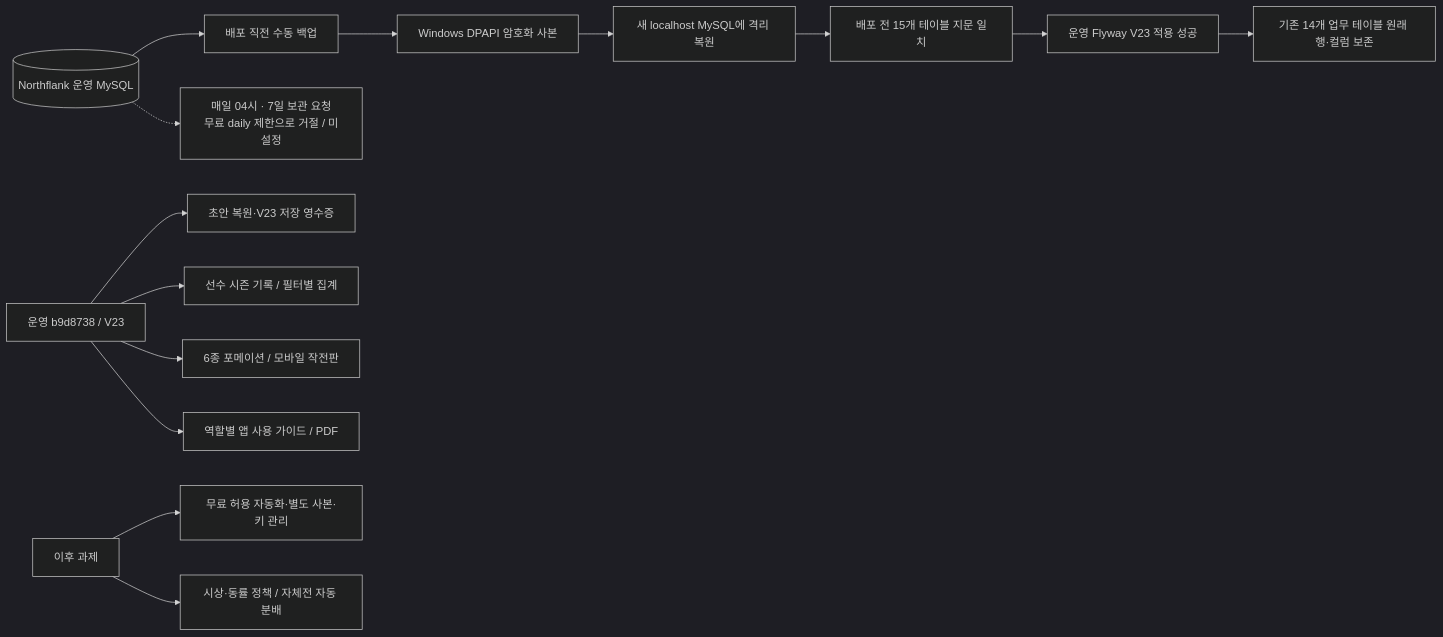
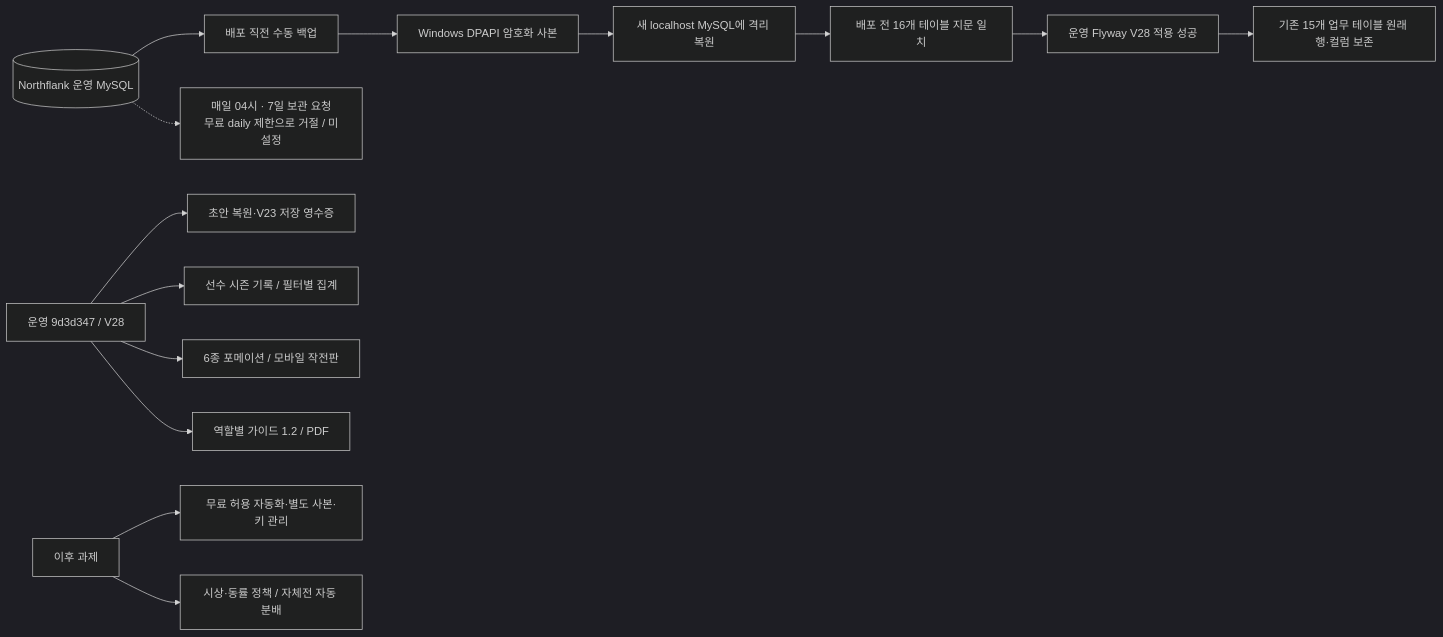
One commit to ksmlucky/jochook-on changed the fourth of 4 diagrams in docs/system-overview.md. Above: the diagram before and after it, drawn with Mermaid (dark theme). The commit also changed other lines of this file and 51 other files, not shown here.

Commit message:
docs: confirm release and add maintained database diagrams [skip ci]

````diff
--- a/docs/system-overview.md
+++ b/docs/system-overview.md
@@ -146,16 +146,16 @@
 ```mermaid
 flowchart LR
     DB[(Northflank 운영 MySQL)] --> DUMP[배포 직전 수동 백업]
     DUMP --> LOCAL[Windows DPAPI 암호화 사본]
     LOCAL --> RESTORE[새 localhost MySQL에 격리 복원]
-    RESTORE --> VERIFY[배포 전 15개 테이블 지문 일치]
-    VERIFY --> MIGRATE[운영 Flyway V23 적용 성공]
-    MIGRATE --> PRESERVE[기존 14개 업무 테이블 원래 행·컬럼 보존]
+    RESTORE --> VERIFY[배포 전 16개 테이블 지문 일치]
+    VERIFY --> MIGRATE[운영 Flyway V28 적용 성공]
+    MIGRATE --> PRESERVE[기존 15개 업무 테이블 원래 행·컬럼 보존]
     DB -.-> AUTO["매일 04시 · 7일 보관 요청<br/>무료 daily 제한으로 거절 / 미설정"]
-    RELEASE["운영 b9d8738 / V23"] --> DRAFT[초안 복원·V23 저장 영수증]
+    RELEASE["운영 9d3d347 / V28"] --> DRAFT[초안 복원·V23 저장 영수증]
     RELEASE --> STATS[선수 시즌 기록 / 필터별 집계]
     RELEASE --> FORM[6종 포메이션 / 모바일 작전판]
-    RELEASE --> GUIDE[역할별 앱 사용 가이드 / PDF]
+    RELEASE --> GUIDE[역할별 가이드 1.2 / PDF]
     NEXT[이후 과제] --> AUTO2[무료 허용 자동화·별도 사본·키 관리]
     NEXT --> POLICY[시상·동률 정책 / 자체전 자동 분배]
 ```
````
